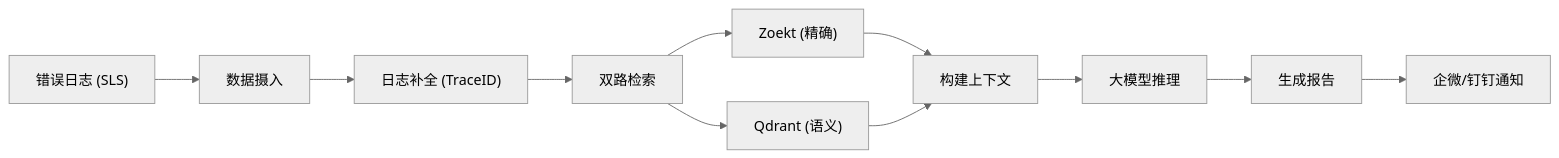
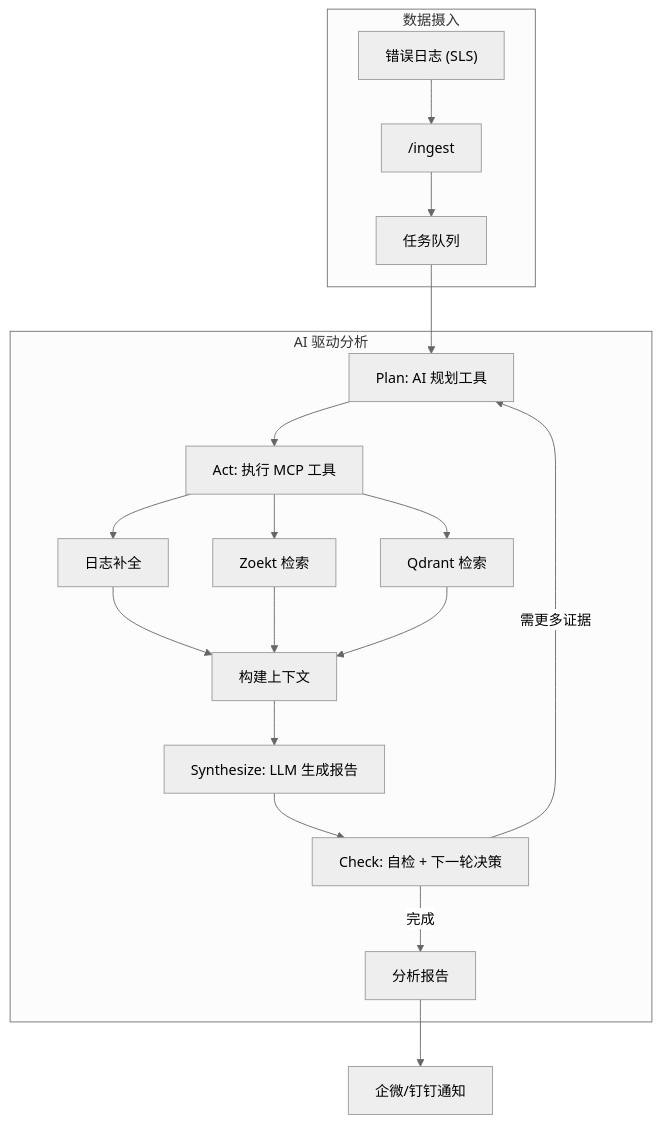
Before and after one commit to iceycn/root_seeker: the diagram in README.md, drawn with Mermaid (neutral theme). The commit also changed other lines of this file and 55 other files, not shown here.

````diff
--- a/README.md
+++ b/README.md
@@ -59,13 +104,24 @@
 ```mermaid
-graph LR
-    Log["错误日志 (SLS)"] --> Ingest["数据摄入"]
-    Ingest --> Enrich["日志补全 (TraceID)"]
-    Enrich --> Retrieval["双路检索"]
-    Retrieval --> Zoekt["Zoekt (精确)"]
-    Retrieval --> Qdrant["Qdrant (语义)"]
-    Zoekt --> Context["构建上下文"]
-    Qdrant --> Context
-    Context --> LLM["大模型推理"]
-    LLM --> Report["生成报告"]
+graph TB
+    subgraph 数据摄入
+        Log["错误日志 (SLS)"] --> Ingest["/ingest"]
+        Ingest --> Queue["任务队列"]
+    end
+
+    subgraph AI 驱动分析
+        Queue --> Plan["Plan: AI 规划工具"]
+        Plan --> Act["Act: 执行 MCP 工具"]
+        Act --> Enrich["日志补全"]
+        Act --> Zoekt["Zoekt 检索"]
+        Act --> Qdrant["Qdrant 检索"]
+        Enrich --> Context["构建上下文"]
+        Zoekt --> Context
+        Qdrant --> Context
+        Context --> Synthesize["Synthesize: LLM 生成报告"]
+        Synthesize --> Check["Check: 自检 + 下一轮决策"]
+        Check -->|需更多证据| Plan
+        Check -->|完成| Report["分析报告"]
+    end
+
     Report --> Notify["企微/钉钉通知"]
 ```
````
